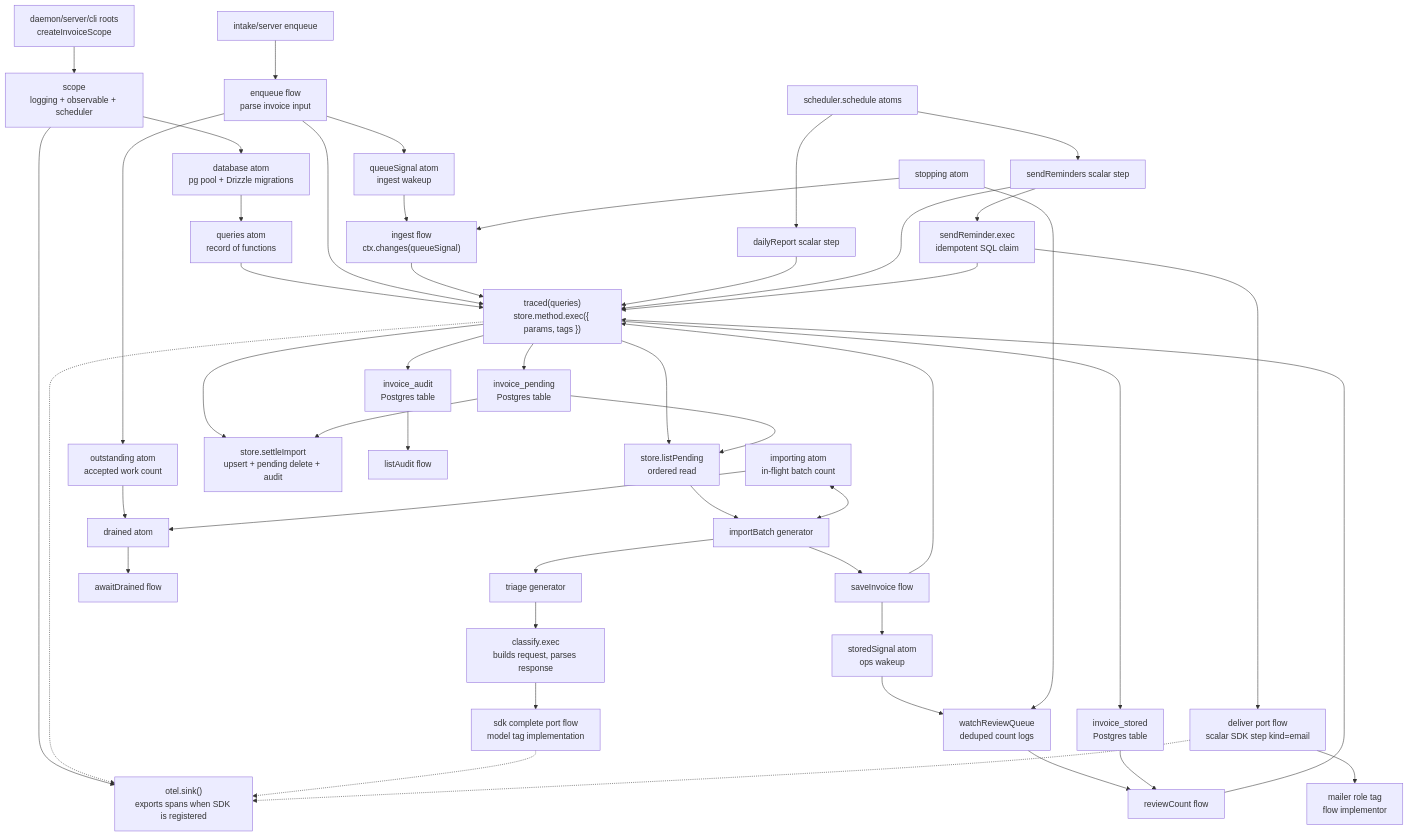
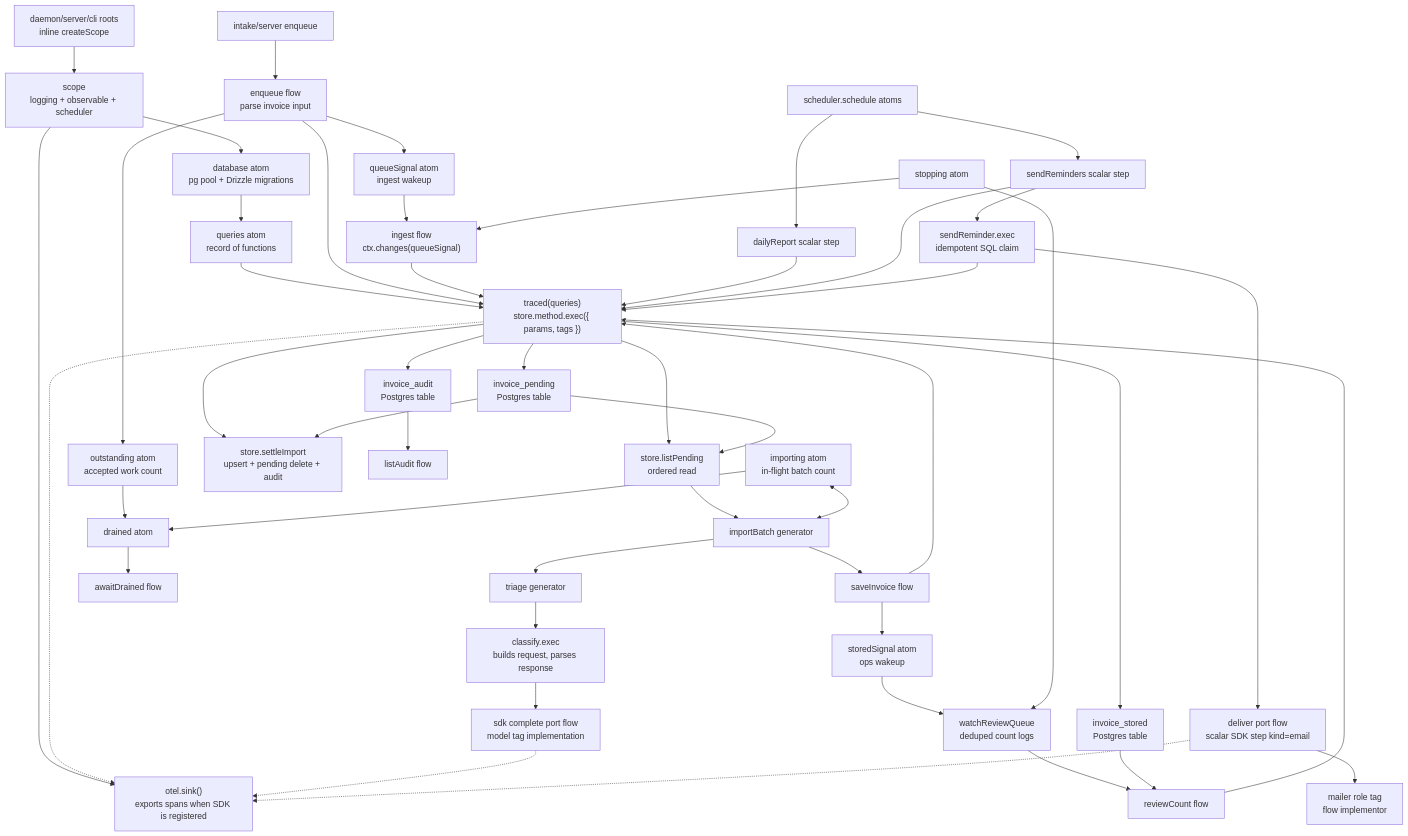
Before and after one commit to pumped-fn/pumped-fn: the diagram in examples/invoice-triage/README.md, drawn with Mermaid. The commit also changed other lines of this file and 13 other files, not shown here.

First line of the commit message:
refactor(example,lint): dissolve scope/ctx glue — roots inline, server as graph node

````diff
--- a/examples/invoice-triage/README.md
+++ b/examples/invoice-triage/README.md
@@ -22,52 +22,52 @@
 ```mermaid
 flowchart TD
-  Root["daemon/server/cli roots<br/>createInvoiceScope"] --> Scope["scope<br/>logging + observable + scheduler"]
+  Root["daemon/server/cli roots<br/>inline createScope"] --> Scope["scope<br/>logging + observable + scheduler"]
   Scope --> OTel["otel.sink()<br/>exports spans when SDK is registered"]
   Scope --> DB["database atom<br/>pg pool + Drizzle migrations"]
   DB --> Queries["queries atom<br/>record of functions"]
   Queries --> Store["traced(queries)<br/>store.method.exec({ params, tags })"]
 
   Intake["intake/server enqueue"] --> Producer["enqueue flow<br/>parse invoice input"]
   Producer --> Store
   Store --> Pending["invoice_pending<br/>Postgres table"]
   Store --> Audit["invoice_audit<br/>Postgres table"]
   Producer --> Outstanding["outstanding atom<br/>accepted work count"]
   Producer --> QueueSignal["queueSignal atom<br/>ingest wakeup"]
 
   QueueSignal --> Ingest["ingest flow<br/>ctx.changes(queueSignal)"]
   Stopping["stopping atom"] --> Ingest
   Ingest --> Store
   Store --> PendingRead["store.listPending<br/>ordered read"]
   Pending --> PendingRead
   PendingRead --> Import["importBatch generator"]
   Importing["importing atom<br/>in-flight batch count"] <--> Import
   Import --> Triage["triage generator"]
   Triage --> Classify["classify.exec<br/>builds request, parses response"]
   Classify --> Complete["sdk complete port flow<br/>model tag implementation"]
   Import --> Save["saveInvoice flow"]
   Save --> Store
   Store --> Settle["store.settleImport<br/>upsert + pending delete + audit"]
   Pending --> Settle
   Store --> Stored["invoice_stored<br/>Postgres table"]
   Save --> StoredSignal["storedSignal atom<br/>ops wakeup"]
   Outstanding --> Drained["drained atom"]
   Importing --> Drained
   Drained --> Await["awaitDrained flow"]
   StoredSignal --> Ops["watchReviewQueue<br/>deduped count logs"]
   Stopping --> Ops
   Ops --> Review["reviewCount flow"]
   Review --> Store
   Stored --> Review
   Audit --> OpsTrail["listAudit flow"]
   Scheduler["scheduler.schedule atoms"] --> Report["dailyReport scalar step"]
   Scheduler --> Reminders["sendReminders scalar step"]
   Report --> Store
   Reminders --> Store
   Reminders --> SendOne["sendReminder.exec<br/>idempotent SQL claim"]
   SendOne --> Store
   SendOne --> Deliver["deliver port flow<br/>scalar SDK step kind=email"]
   Deliver --> Mailer["mailer role tag<br/>flow implementor"]
   Store -.-> OTel
   Complete -.-> OTel
   Deliver -.-> OTel
 ```
````
